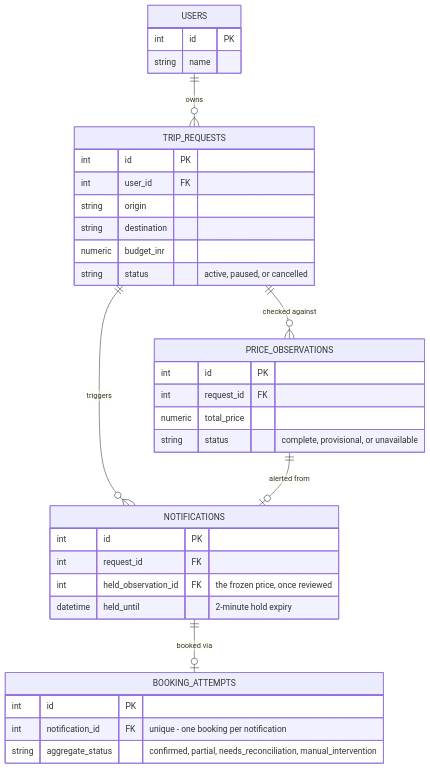
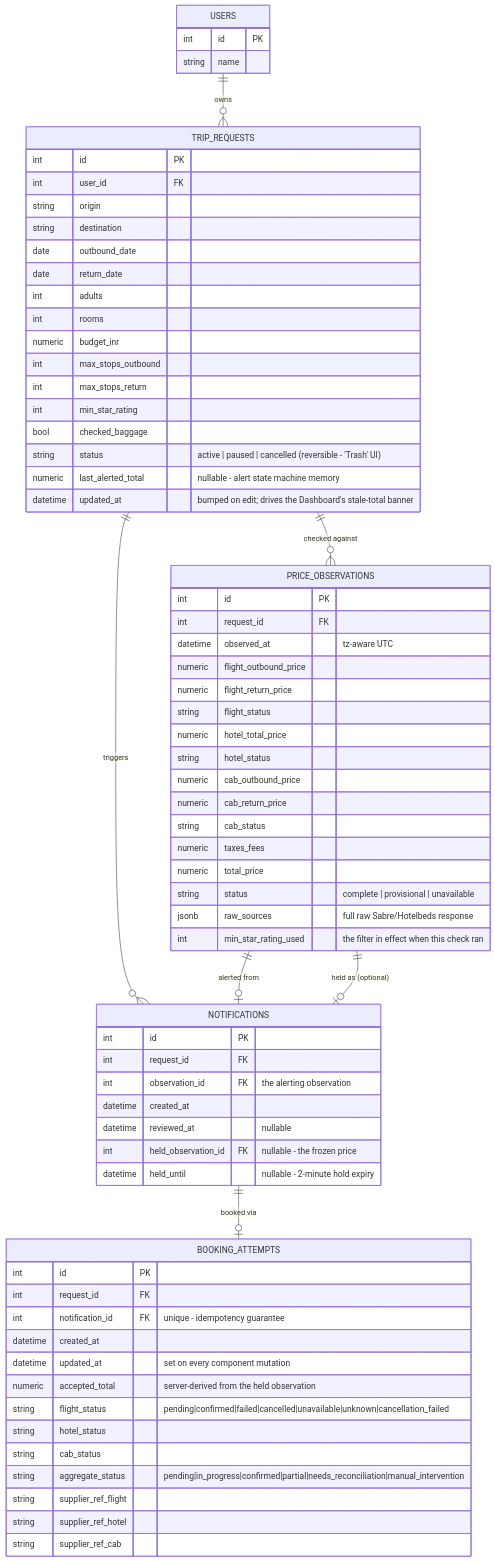
One commit to abhinavsingh-official/tavora-trip-watch changed the second of 3 diagrams in docs/HOW_IT_WORKS.md. Above: the diagram before and after it, drawn with Mermaid. The commit also changed other lines of this file, not shown here.

Commit message:
Restore full data-model field lists, keep example data alongside

````diff
--- a/docs/HOW_IT_WORKS.md
+++ b/docs/HOW_IT_WORKS.md
@@ -40,38 +40,74 @@
 ```mermaid
 erDiagram
     USERS ||--o{ TRIP_REQUESTS : owns
     TRIP_REQUESTS ||--o{ PRICE_OBSERVATIONS : "checked against"
     TRIP_REQUESTS ||--o{ NOTIFICATIONS : triggers
     PRICE_OBSERVATIONS ||--o| NOTIFICATIONS : "alerted from"
+    PRICE_OBSERVATIONS ||--o| NOTIFICATIONS : "held as (optional)"
     NOTIFICATIONS ||--o| BOOKING_ATTEMPTS : "booked via"
 
     USERS {
         int id PK
         string name
     }
     TRIP_REQUESTS {
         int id PK
         int user_id FK
         string origin
         string destination
+        date outbound_date
+        date return_date
+        int adults
+        int rooms
         numeric budget_inr
-        string status "active, paused, or cancelled"
+        int max_stops_outbound
+        int max_stops_return
+        int min_star_rating
+        bool checked_baggage
+        string status "active | paused | cancelled (reversible - 'Trash' UI)"
+        numeric last_alerted_total "nullable - alert state machine memory"
+        datetime updated_at "bumped on edit; drives the Dashboard's stale-total banner"
     }
     PRICE_OBSERVATIONS {
         int id PK
         int request_id FK
+        datetime observed_at "tz-aware UTC"
+        numeric flight_outbound_price
+        numeric flight_return_price
+        string flight_status
+        numeric hotel_total_price
+        string hotel_status
+        numeric cab_outbound_price
+        numeric cab_return_price
+        string cab_status
+        numeric taxes_fees
         numeric total_price
-        string status "complete, provisional, or unavailable"
+        string status "complete | provisional | unavailable"
+        jsonb raw_sources "full raw Sabre/Hotelbeds response"
+        int min_star_rating_used "the filter in effect when this check ran"
     }
     NOTIFICATIONS {
         int id PK
         int request_id FK
-        int held_observation_id FK "the frozen price, once reviewed"
-        datetime held_until "2-minute hold expiry"
+        int observation_id FK "the alerting observation"
+        datetime created_at
+        datetime reviewed_at "nullable"
+        int held_observation_id FK "nullable - the frozen price"
+        datetime held_until "nullable - 2-minute hold expiry"
     }
     BOOKING_ATTEMPTS {
         int id PK
-        int notification_id FK "unique - one booking per notification"
-        string aggregate_status "confirmed, partial, needs_reconciliation, manual_intervention"
+        int request_id FK
+        int notification_id FK "unique - idempotency guarantee"
+        datetime created_at
+        datetime updated_at "set on every component mutation"
+        numeric accepted_total "server-derived from the held observation"
+        string flight_status "pending|confirmed|failed|cancelled|unavailable|unknown|cancellation_failed"
+        string hotel_status
+        string cab_status
+        string aggregate_status "pending|in_progress|confirmed|partial|needs_reconciliation|manual_intervention"
+        string supplier_ref_flight
+        string supplier_ref_hotel
+        string supplier_ref_cab
     }
 ```
````
